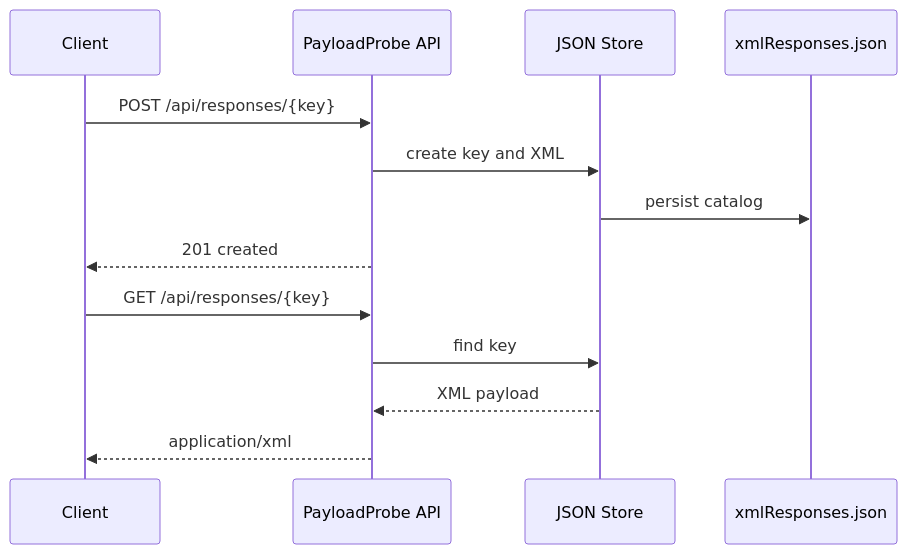
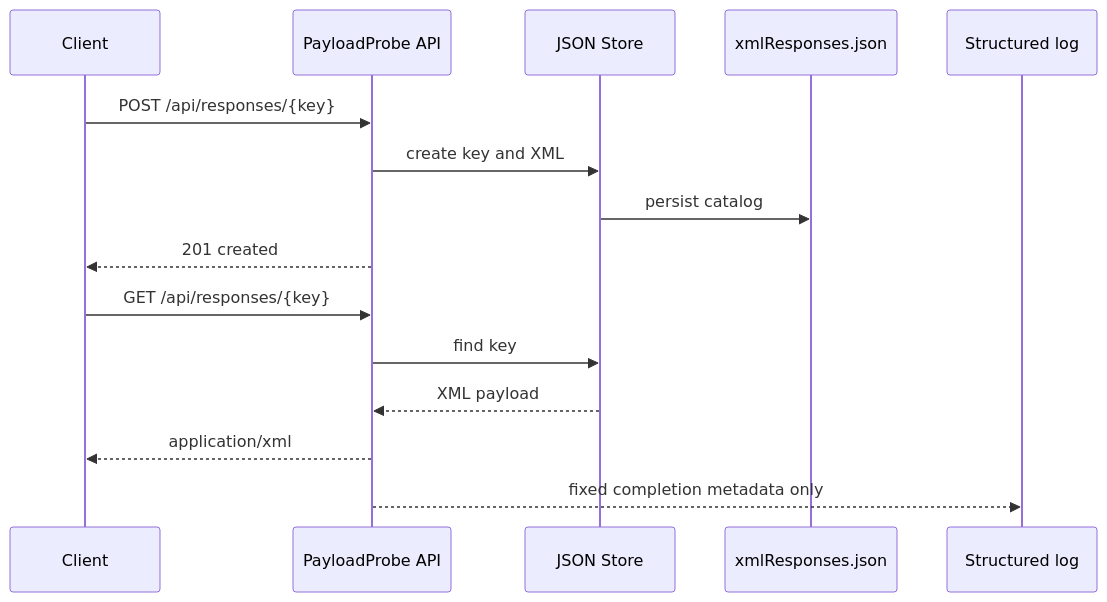
Before and after one commit to J4vedskh/payloadprobe-lab: the second of 3 diagrams in docs/architecture.md, drawn with Mermaid. The commit also changed other lines of this file and 6 other files, not shown here.

````diff
--- a/docs/architecture.md
+++ b/docs/architecture.md
@@ -24,16 +26,18 @@
 ```mermaid
 sequenceDiagram
     participant Client
     participant API as PayloadProbe API
     participant Store as JSON Store
     participant File as xmlResponses.json
+    participant Log as Structured log
 
     Client->>API: POST /api/responses/{key}
     API->>Store: create key and XML
     Store->>File: persist catalog
     API-->>Client: 201 created
     Client->>API: GET /api/responses/{key}
     API->>Store: find key
     Store-->>API: XML payload
     API-->>Client: application/xml
+    API-->>Log: fixed completion metadata only
 ```
````
